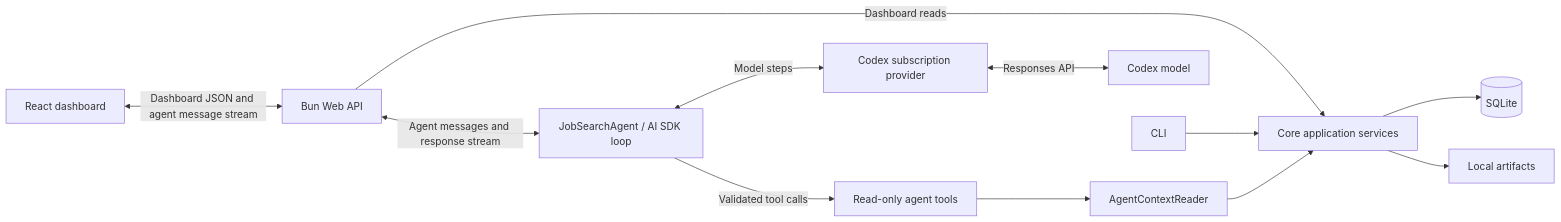
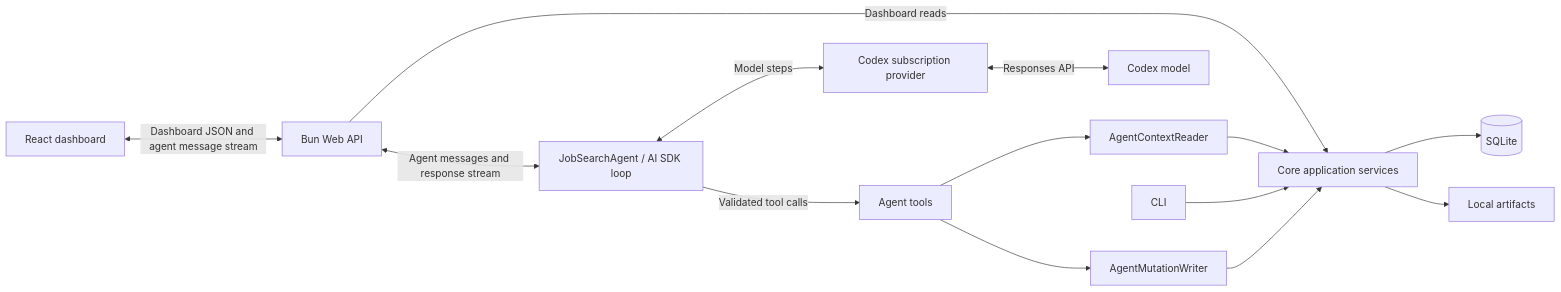
One commit to paulmccallick/gig-finder changed the diagram in docs/architecture/overview.md. Above: the diagram before and after it, drawn with Mermaid. The commit also changed 33 other files, not shown here.

````diff
--- a/docs/architecture/overview.md
+++ b/docs/architecture/overview.md
@@ -5,14 +5,16 @@
 ```mermaid
 flowchart LR
   Dashboard[React dashboard] <-->|Dashboard JSON and agent message stream| API[Bun Web API]
   API -->|Dashboard reads| Core[Core application services]
   API <-->|Agent messages and response stream| Agent[JobSearchAgent / AI SDK loop]
   Agent <-->|Model steps| Provider[Codex subscription provider]
   Provider <-->|Responses API| Model[Codex model]
-  Agent -->|Validated tool calls| Tools[Read-only agent tools]
+  Agent -->|Validated tool calls| Tools[Agent tools]
   Tools --> Reader[AgentContextReader]
+  Tools --> Writer[AgentMutationWriter]
   Reader --> Core
+  Writer --> Core
   CLI[CLI] --> Core
   Core --> SQLite[(SQLite)]
   Core --> Artifacts[Local artifacts]
 ```
````
